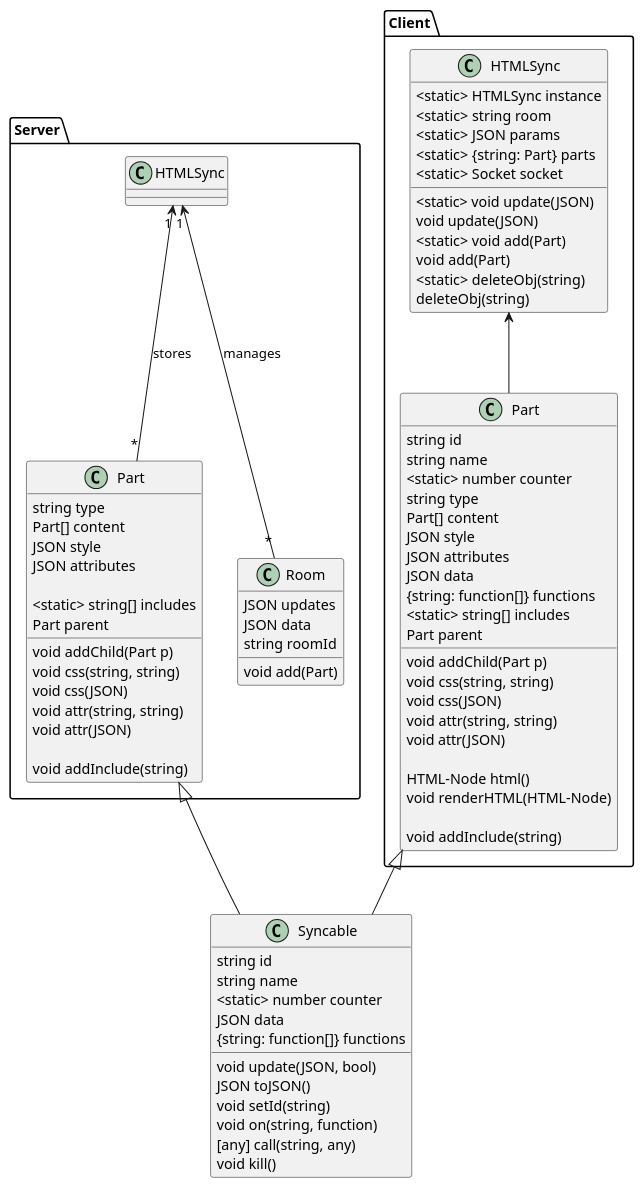
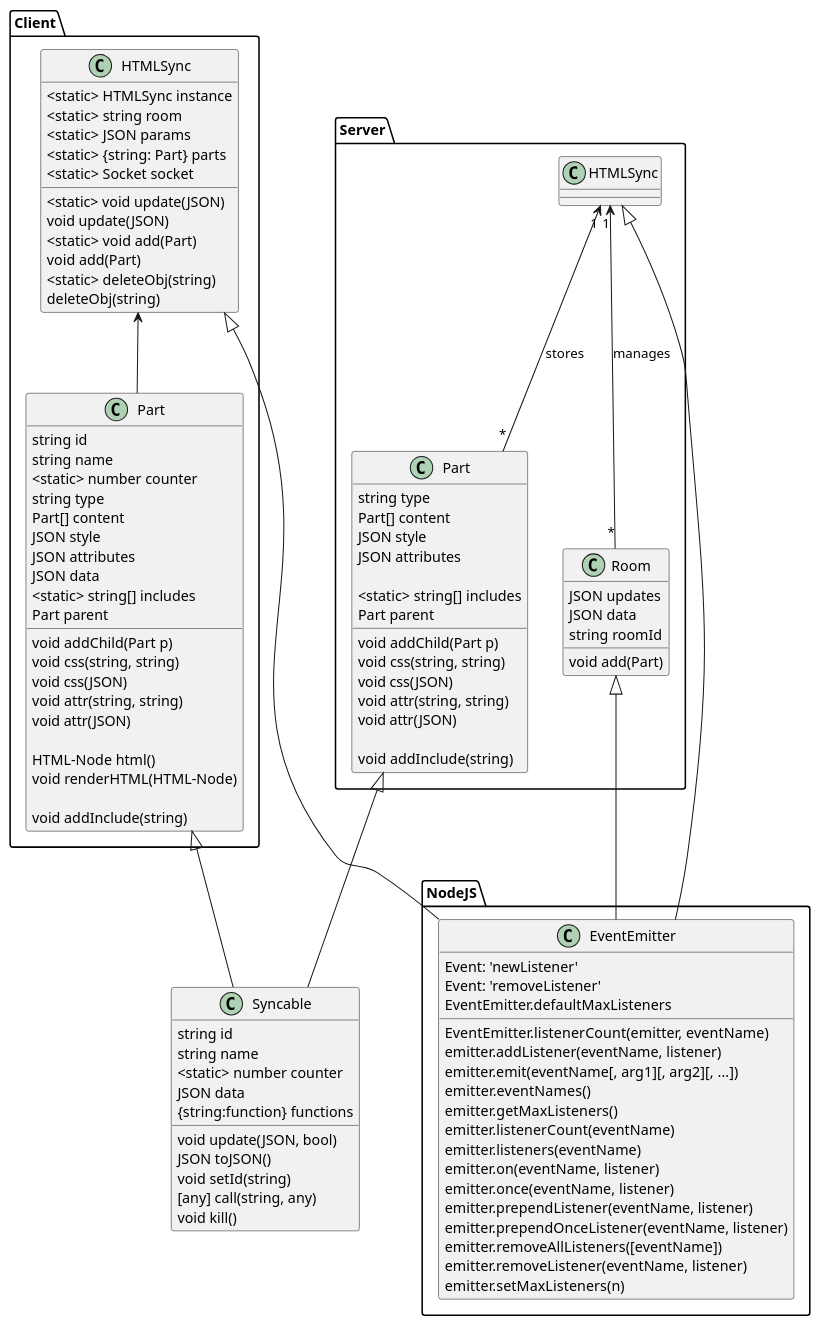
One commit to CapsE/HTML-Sync changed the diagram in UML.puml. Above: the diagram before and after it, drawn with PlantUML. The commit also changed 2 other files, not shown here.

Commit message:
Updated UML-Diagram Rebuild

```diff
--- a/UML.puml
+++ b/UML.puml
@@ -1,102 +1,126 @@
 @startuml
 
 Namespace Server{
 
     class Part{
         void addChild(Part p)
         void css(string, string)
         void css(JSON)
         void attr(string, string)
         void attr(JSON)
 
         void addInclude(string)
 
         string type
         Part[] content
         JSON style
         JSON attributes
 
         <static> string[] includes
         Part parent
     }
 
 
 
 
 
     class Room{
         void add(Part)
         JSON updates
         JSON data
         string roomId
     }
 
     HTMLSync "1" <-- "*" Room : manages
     HTMLSync "1" <-- "*" Part : stores
 }
 
 class Syncable{
     void update(JSON, bool)
     JSON toJSON()
     void setId(string)
-    void on(string, function)
     [any] call(string, any)
     void kill()
 
     string id
     string name
     <static> number counter
     JSON data
-    {string: function[]} functions
+    {string:function} functions
 }
 Client.Part <|-- Syncable
 Server.Part <|-- Syncable
+
+Namespace NodeJS{
+    class EventEmitter{
+        Event: 'newListener'
+        Event: 'removeListener'
+        EventEmitter.listenerCount(emitter, eventName)
+        EventEmitter.defaultMaxListeners
+        emitter.addListener(eventName, listener)
+        emitter.emit(eventName[, arg1][, arg2][, ...])
+        emitter.eventNames()
+        emitter.getMaxListeners()
+        emitter.listenerCount(eventName)
+        emitter.listeners(eventName)
+        emitter.on(eventName, listener)
+        emitter.once(eventName, listener)
+        emitter.prependListener(eventName, listener)
+        emitter.prependOnceListener(eventName, listener)
+        emitter.removeAllListeners([eventName])
+        emitter.removeListener(eventName, listener)
+        emitter.setMaxListeners(n)
+    }
+}
+
+Server.HTMLSync <|-- NodeJS.EventEmitter
+Client.HTMLSync <|-- NodeJS.EventEmitter
+Server.Room <|-- NodeJS.EventEmitter
 
 Namespace Client{
 
     class Part{
         void addChild(Part p)
         void css(string, string)
         void css(JSON)
         void attr(string, string)
         void attr(JSON)
 
         HTML-Node html()
         void renderHTML(HTML-Node)
 
         void addInclude(string)
 
         string id
         string name
         <static> number counter
         string type
         Part[] content
         JSON style
         JSON attributes
         JSON data
-        {string: function[]} functions
         <static> string[] includes
         Part parent
     }
 
     class HTMLSync{
         <static> void update(JSON)
         void update(JSON)
         <static> void add(Part)
         void add(Part)
         <static> deleteObj(string)
         deleteObj(string)
 
         <static> HTMLSync instance
         <static> string room
         <static> JSON params
         <static> {string: Part} parts
         <static> Socket socket
     }
 
     HTMLSync <-- Part
 }
 
 
 
 @enduml
```
